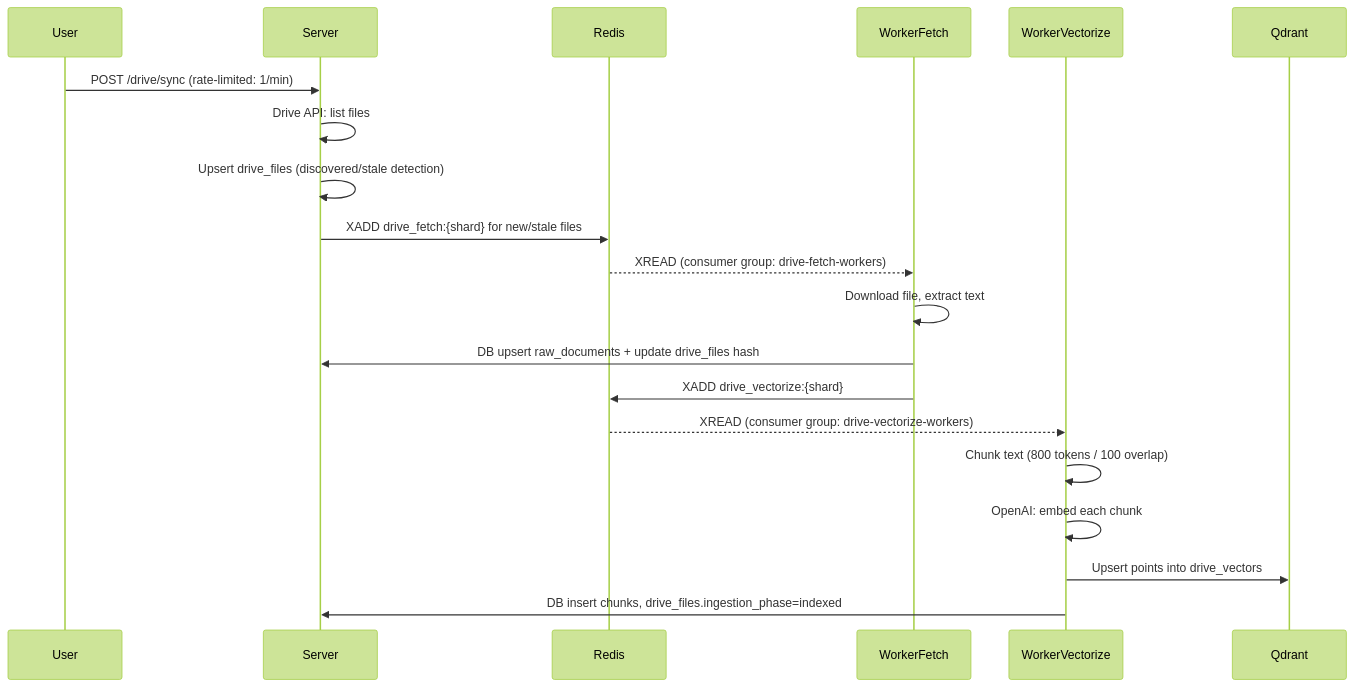
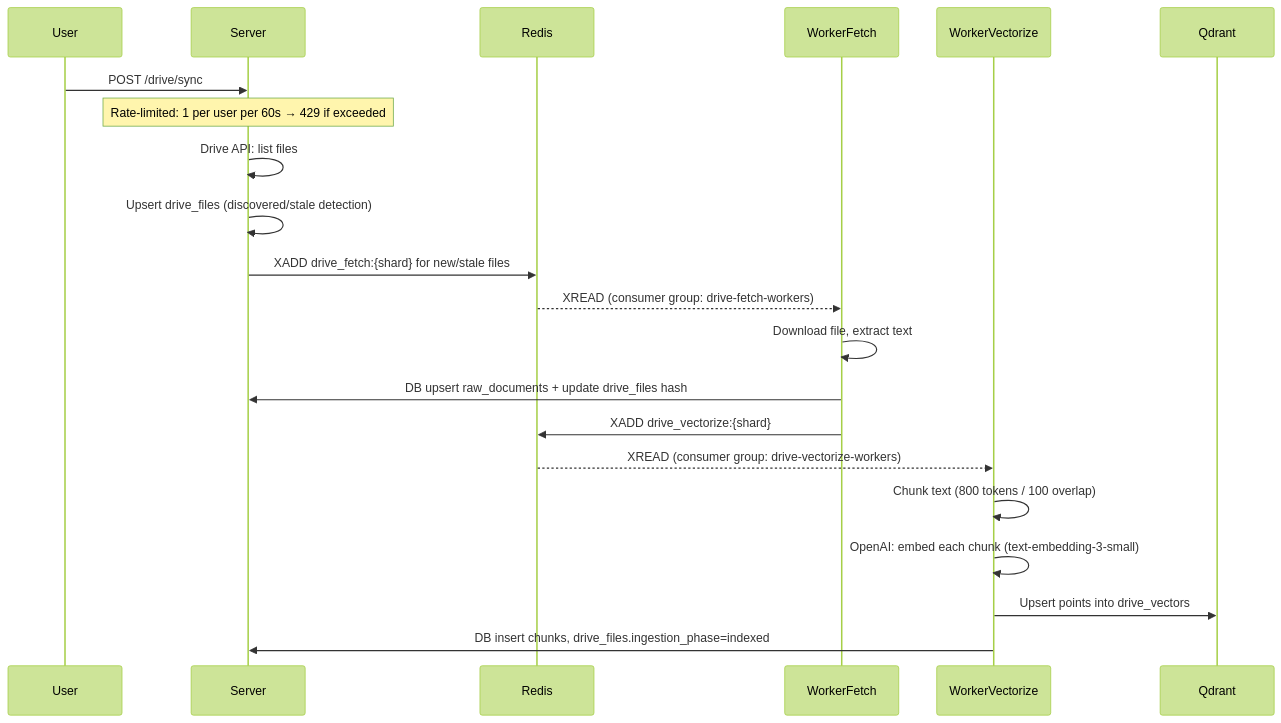
Before and after one commit to iBreakProd/biscuit: the fourth of 5 diagrams in README.md, drawn with Mermaid (forest theme). The commit also changed other lines of this file, not shown here.

````diff
--- a/README.md
+++ b/README.md
@@ -306,25 +309,26 @@
 ```mermaid
 sequenceDiagram
     participant User
     participant Server
     participant Redis
     participant WorkerFetch
     participant WorkerVectorize
     participant Qdrant
 
-    User->>Server: POST /drive/sync (rate-limited: 1/min)
+    User->>Server: POST /drive/sync
+    Note over Server: Rate-limited: 1 per user per 60s → 429 if exceeded
     Server->>Server: Drive API: list files
     Server->>Server: Upsert drive_files (discovered/stale detection)
     Server->>Redis: XADD drive_fetch:{shard} for new/stale files
 
     Redis-->>WorkerFetch: XREAD (consumer group: drive-fetch-workers)
     WorkerFetch->>WorkerFetch: Download file, extract text
     WorkerFetch->>Server: DB upsert raw_documents + update drive_files hash
     WorkerFetch->>Redis: XADD drive_vectorize:{shard}
 
     Redis-->>WorkerVectorize: XREAD (consumer group: drive-vectorize-workers)
     WorkerVectorize->>WorkerVectorize: Chunk text (800 tokens / 100 overlap)
-    WorkerVectorize->>WorkerVectorize: OpenAI: embed each chunk
+    WorkerVectorize->>WorkerVectorize: OpenAI: embed each chunk (text-embedding-3-small)
     WorkerVectorize->>Qdrant: Upsert points into drive_vectors
     WorkerVectorize->>Server: DB insert chunks, drive_files.ingestion_phase=indexed
 ```
````
